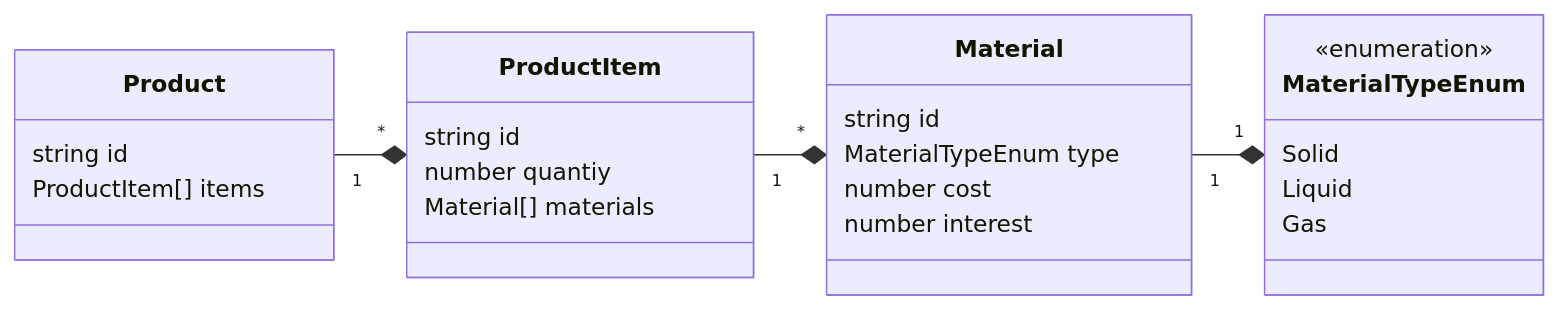
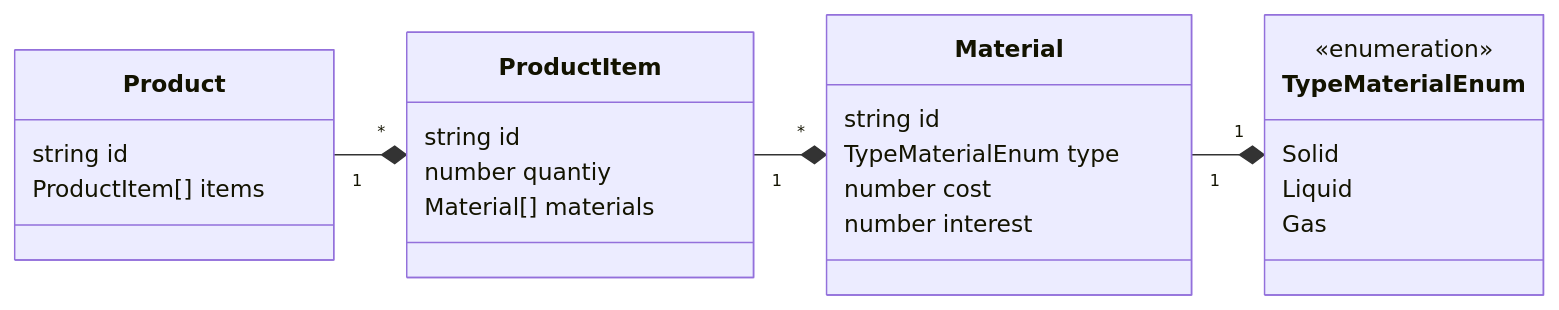
One commit to jquagliatini/interview-node changed the diagram in README.md. Above: the diagram before and after it, drawn with Mermaid. The commit also changed 13 other files, not shown here.

````diff
--- a/README.md
+++ b/README.md
@@ -15,33 +15,33 @@
 ```mermaid
 classDiagram
     direction RL
 
-    MaterialTypeEnum "1" *-- "1" Material
+    TypeMaterialEnum "1" *-- "1" Material
     Material "*" *-- "1" ProductItem
     ProductItem "*" *-- "1" Product
 
-    class MaterialTypeEnum {
+    class TypeMaterialEnum {
         <<enumeration>>
         Solid
         Liquid
         Gas
     }
 
     class Material {
         string id
-        MaterialTypeEnum type
+        TypeMaterialEnum type
         number cost
         number interest
     }
 
     class ProductItem {
         string id
         number quantiy
         Material[] materials
     }
 
    class Product {
         string id
         ProductItem[] items
    }
 ```
````
